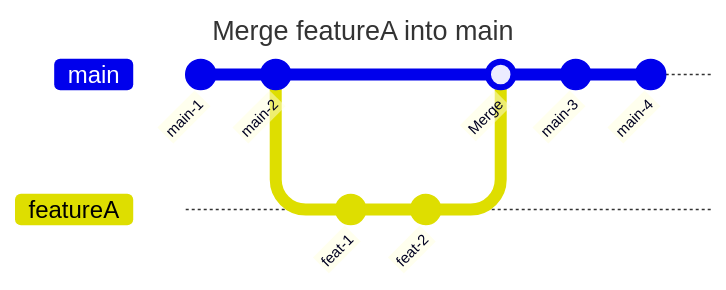
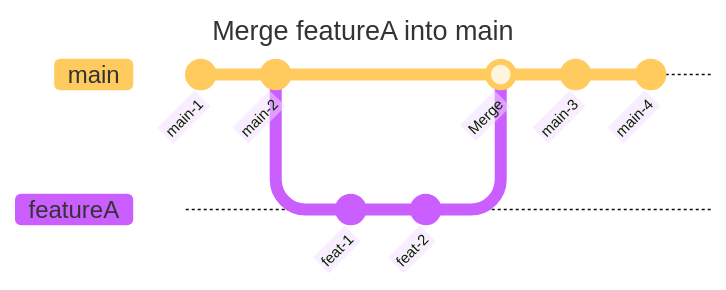
The diagram in content/branches/Merge branch.md (mobalt/git-how), drawn with Mermaid before and after one commit. The commit also changed other lines of this file, not shown here.

Commit message:
Update colors for git graph in merge branches

````diff
--- a/content/branches/Merge branch.md
+++ b/content/branches/Merge branch.md
@@ -8,16 +8,17 @@
 ```mermaid
 ---
 title: Merge featureA into main
 ---
+%%{init: { 'logLevel': 'debug', 'theme': 'base' } }%%
 gitGraph
    commit id: "main-1"
    commit id: "main-2"
    branch featureA
    checkout featureA
    commit id: "feat-1"
    commit id: "feat-2"
    checkout main
    merge featureA id: "Merge"
    commit id: "main-3"
    commit id: "main-4"
 ```
````
